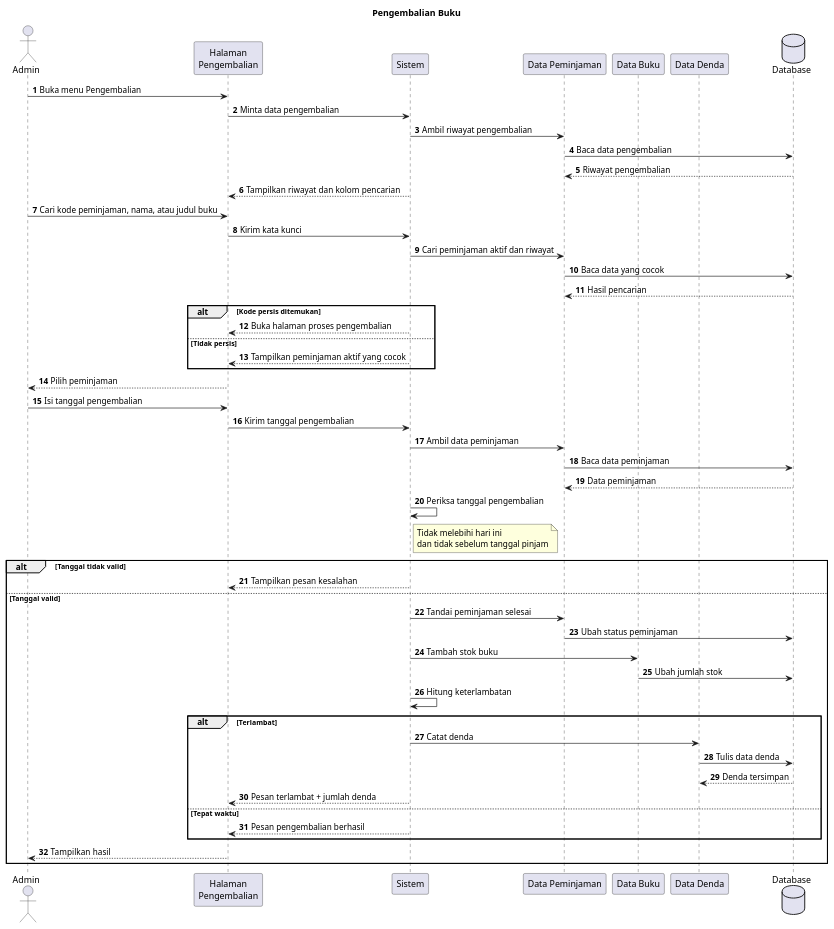
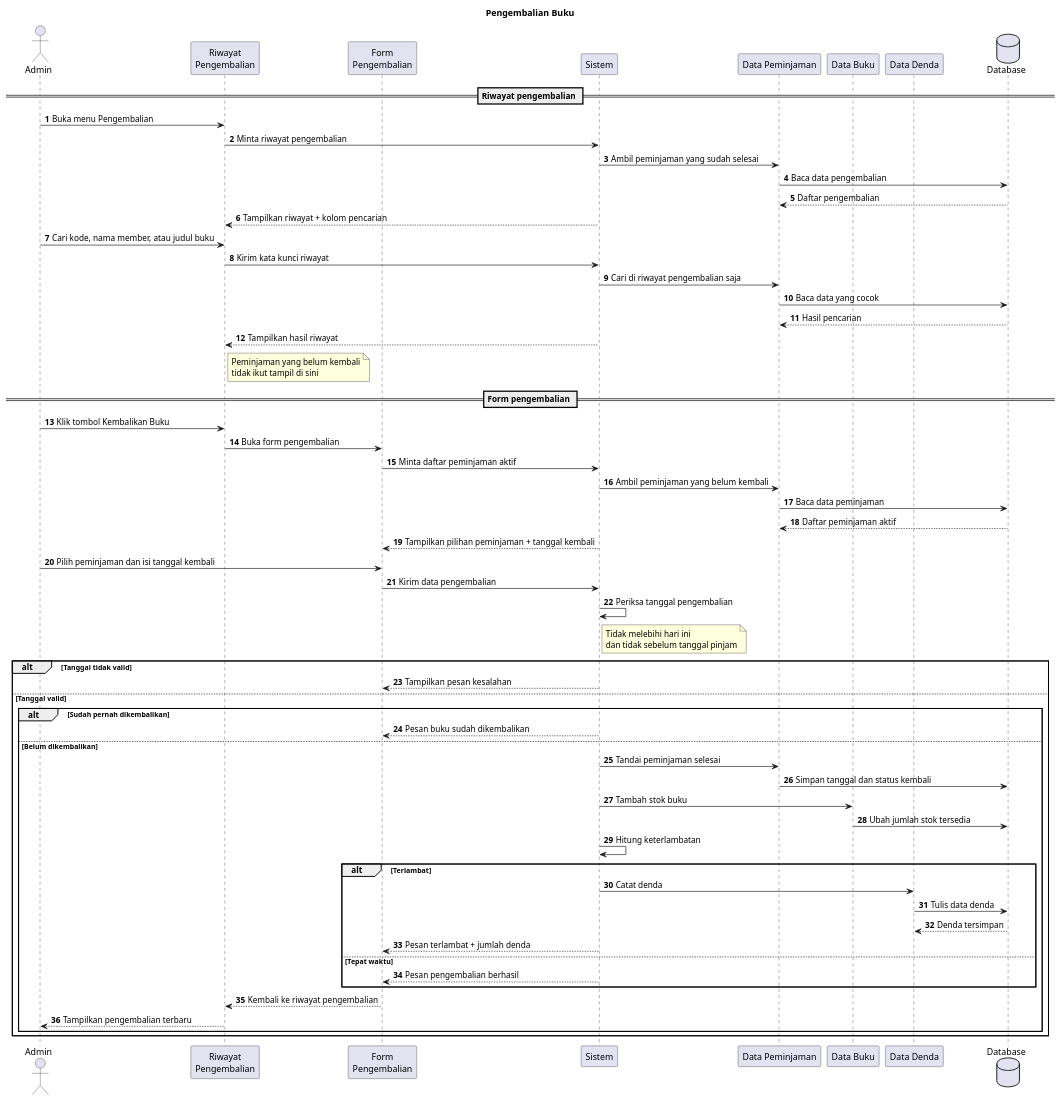
One commit to OuLz-dev/library-management-laravel changed the diagram in docs/uml/sequence/admin/05-pengembalian-buku.puml. Above: the diagram before and after it, drawn with PlantUML. The commit also changed 11 other files, not shown here.

Commit message:
Memperbarui menu pengembalian

```diff
--- a/docs/uml/sequence/admin/05-pengembalian-buku.puml
+++ b/docs/uml/sequence/admin/05-pengembalian-buku.puml
@@ -1,56 +1,65 @@
 @startuml
 title Pengembalian Buku
 autonumber
 actor Admin as A
-participant "Halaman\nPengembalian" as H
+participant "Riwayat\nPengembalian" as R
+participant "Form\nPengembalian" as F
 participant "Sistem" as S
 participant "Data Peminjaman" as P
 participant "Data Buku" as B
 participant "Data Denda" as D
 database "Database" as DB
 
-A -> H : Buka menu Pengembalian
-H -> S : Minta data pengembalian
-S -> P : Ambil riwayat pengembalian
+== Riwayat pengembalian ==
+A -> R : Buka menu Pengembalian
+R -> S : Minta riwayat pengembalian
+S -> P : Ambil peminjaman yang sudah selesai
 P -> DB : Baca data pengembalian
-DB --> P : Riwayat pengembalian
-S --> H : Tampilkan riwayat dan kolom pencarian
+DB --> P : Daftar pengembalian
+S --> R : Tampilkan riwayat + kolom pencarian
 
-A -> H : Cari kode peminjaman, nama, atau judul buku
-H -> S : Kirim kata kunci
-S -> P : Cari peminjaman aktif dan riwayat
+A -> R : Cari kode, nama member, atau judul buku
+R -> S : Kirim kata kunci riwayat
+S -> P : Cari di riwayat pengembalian saja
 P -> DB : Baca data yang cocok
 DB --> P : Hasil pencarian
-alt Kode persis ditemukan
-  S --> H : Buka halaman proses pengembalian
-else Tidak persis
-  S --> H : Tampilkan peminjaman aktif yang cocok
-end
-H --> A : Pilih peminjaman
+S --> R : Tampilkan hasil riwayat
+note right of R : Peminjaman yang belum kembali\ntidak ikut tampil di sini
 
-A -> H : Isi tanggal pengembalian
-H -> S : Kirim tanggal pengembalian
-S -> P : Ambil data peminjaman
+== Form pengembalian ==
+A -> R : Klik tombol Kembalikan Buku
+R -> F : Buka form pengembalian
+F -> S : Minta daftar peminjaman aktif
+S -> P : Ambil peminjaman yang belum kembali
 P -> DB : Baca data peminjaman
-DB --> P : Data peminjaman
+DB --> P : Daftar peminjaman aktif
+S --> F : Tampilkan pilihan peminjaman + tanggal kembali
+
+A -> F : Pilih peminjaman dan isi tanggal kembali
+F -> S : Kirim data pengembalian
 S -> S : Periksa tanggal pengembalian
 note right of S : Tidak melebihi hari ini\ndan tidak sebelum tanggal pinjam
 alt Tanggal tidak valid
-  S --> H : Tampilkan pesan kesalahan
+  S --> F : Tampilkan pesan kesalahan
 else Tanggal valid
-  S -> P : Tandai peminjaman selesai
-  P -> DB : Ubah status peminjaman
-  S -> B : Tambah stok buku
-  B -> DB : Ubah jumlah stok
-  S -> S : Hitung keterlambatan
-  alt Terlambat
-    S -> D : Catat denda
-    D -> DB : Tulis data denda
-    DB --> D : Denda tersimpan
-    S --> H : Pesan terlambat + jumlah denda
-  else Tepat waktu
-    S --> H : Pesan pengembalian berhasil
+  alt Sudah pernah dikembalikan
+    S --> F : Pesan buku sudah dikembalikan
+  else Belum dikembalikan
+    S -> P : Tandai peminjaman selesai
+    P -> DB : Simpan tanggal dan status kembali
+    S -> B : Tambah stok buku
+    B -> DB : Ubah jumlah stok tersedia
+    S -> S : Hitung keterlambatan
+    alt Terlambat
+      S -> D : Catat denda
+      D -> DB : Tulis data denda
+      DB --> D : Denda tersimpan
+      S --> F : Pesan terlambat + jumlah denda
+    else Tepat waktu
+      S --> F : Pesan pengembalian berhasil
+    end
+    F --> R : Kembali ke riwayat pengembalian
+    R --> A : Tampilkan pengembalian terbaru
   end
-  H --> A : Tampilkan hasil
 end
 @enduml
```
